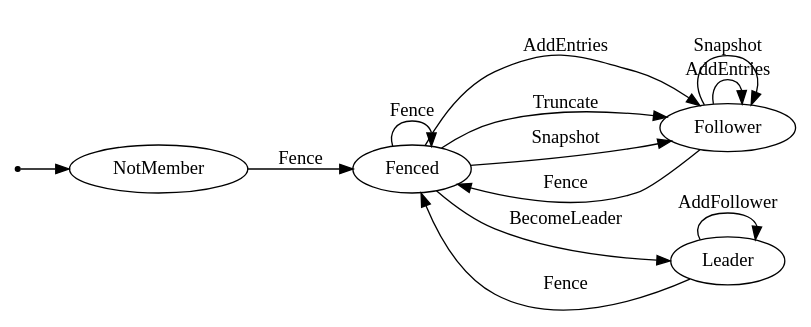
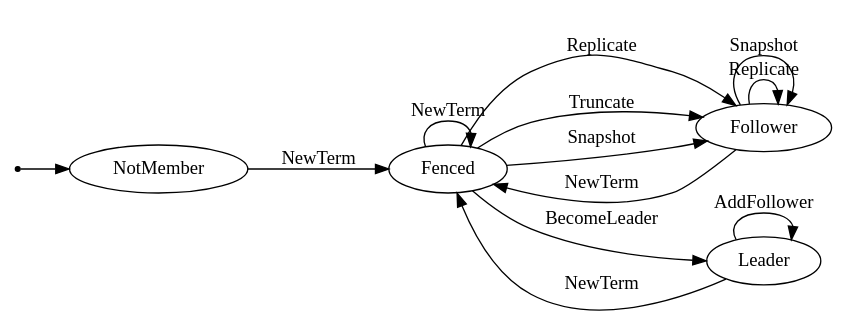
Before and after one commit to streamnative/oxia: the diagram in tlaplus/state-diagram.dot, drawn with Graphviz. The commit also changed 5 other files, not shown here.

```diff
--- a/tlaplus/state-diagram.dot
+++ b/tlaplus/state-diagram.dot
@@ -1,22 +1,22 @@
 
 
 digraph StateDiagram {
     rankdir=LR;
 
     Start [shape = "point"]
     Start -> NotMember
-    NotMember -> Fenced [label = "Fence"]
+    NotMember -> Fenced [label = "NewTerm"]
 
-    Fenced -> Fenced [label = "Fence"];
-    Fenced -> Follower [label = "AddEntries"]
+    Fenced -> Fenced [label = "NewTerm"];
+    Fenced -> Follower [label = "Replicate"]
     Fenced -> Follower [label = "Truncate"]
 
-    Follower -> Fenced [label = "Fence"]
-    Leader -> Fenced [label = "Fence"]
+    Follower -> Fenced [label = "NewTerm"]
+    Leader -> Fenced [label = "NewTerm"]
     Leader -> Leader [label = "AddFollower"]
-    Follower -> Follower [label = "AddEntries"]
+    Follower -> Follower [label = "Replicate"]
     Fenced -> Leader [label = "BecomeLeader"]
 
     Fenced -> Follower [label = "Snapshot"]
     Follower -> Follower [label = "Snapshot"]
 }
```
